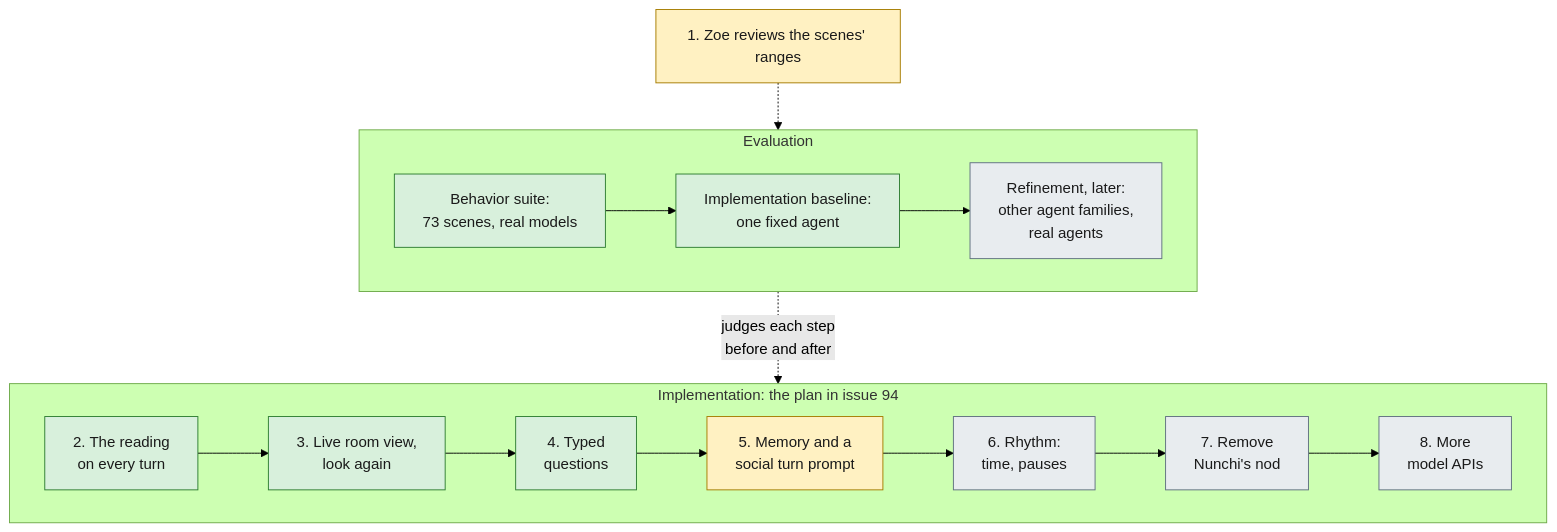
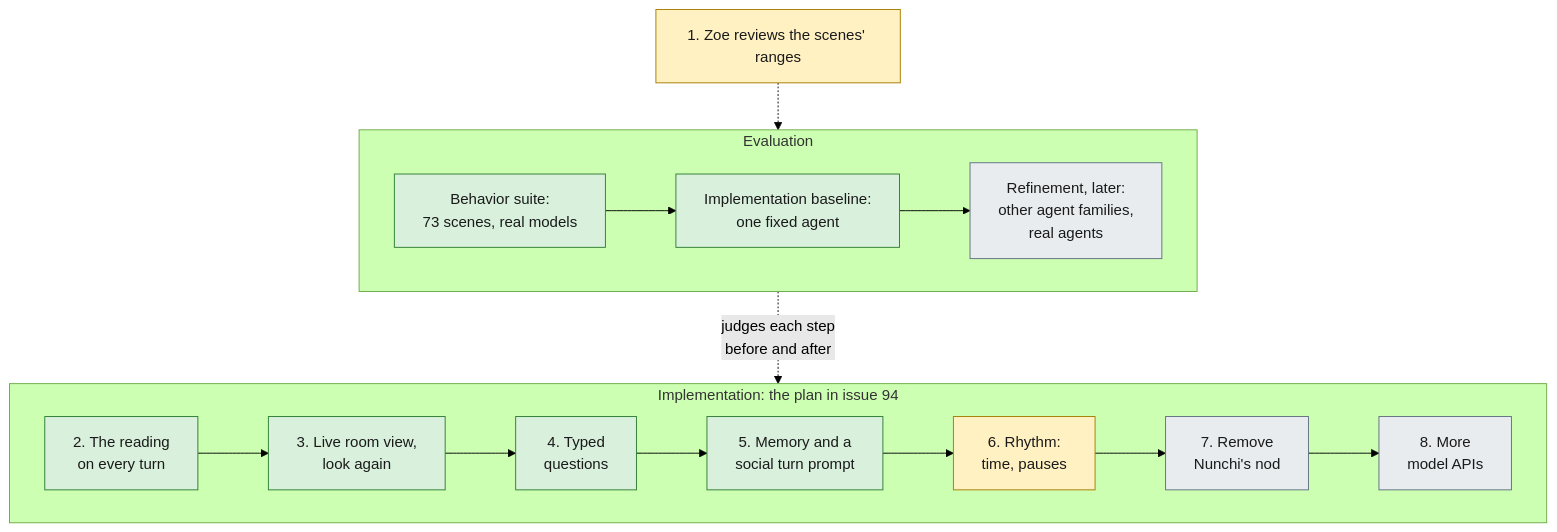
The third of 3 diagrams in README.md (mentatzoe/nunchi), drawn with Mermaid (forest theme) before and after one commit.

Commit message:
Show step 5 as done and step 6 as ongoing in the README plan
Step 5 merged in #118 to #120. Step 6's parts merged in #121 to #124,
and Zoe dropped 6c on 2026-10-06; its follow-ups remain.

Claude-Session: https://claude.ai/code/session_018MWEn67C3yRmYtqSik3Na4

````diff
--- a/README.md
+++ b/README.md
@@ -85,27 +85,27 @@
 ```mermaid
 flowchart TB
     classDef done fill:#d8f0dc,stroke:#2e7d32,color:#1a1a1a
     classDef next fill:#fff1c2,stroke:#a67c00,color:#1a1a1a
     classDef later fill:#e8ecef,stroke:#607080,color:#1a1a1a
     subgraph build["Implementation: the plan in issue 94"]
         direction LR
         p2["2. The reading<br/>on every turn"]:::done
         p3["3. Live room view,<br/>look again"]:::done
         p4["4. Typed<br/>questions"]:::done
-        p5["5. Memory and a<br/>social turn prompt"]:::next
-        p6["6. Rhythm:<br/>time, pauses"]:::later
+        p5["5. Memory and a<br/>social turn prompt"]:::done
+        p6["6. Rhythm:<br/>time, pauses"]:::next
         p7["7. Remove<br/>Nunchi's nod"]:::later
         p8["8. More<br/>model APIs"]:::later
         p2 --> p3 --> p4 --> p5 --> p6 --> p7 --> p8
     end
     subgraph measure["Evaluation"]
         direction LR
         e1["Behavior suite:<br/>73 scenes, real models"]:::done
         e2["Implementation baseline:<br/>one fixed agent"]:::done
         e3["Refinement, later:<br/>other agent families,<br/>real agents"]:::later
         e1 --> e2 --> e3
     end
     p1["1. Zoe reviews the scenes' ranges"]:::next
     p1 -.-> measure
     measure -. "judges each step<br/>before and after" .-> build
 ```
````
